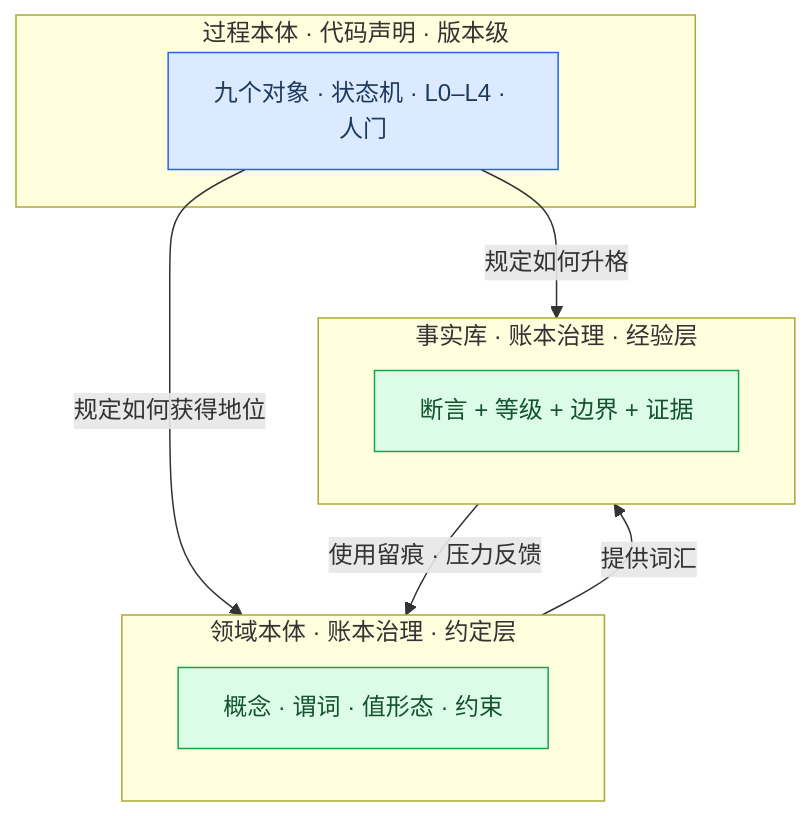
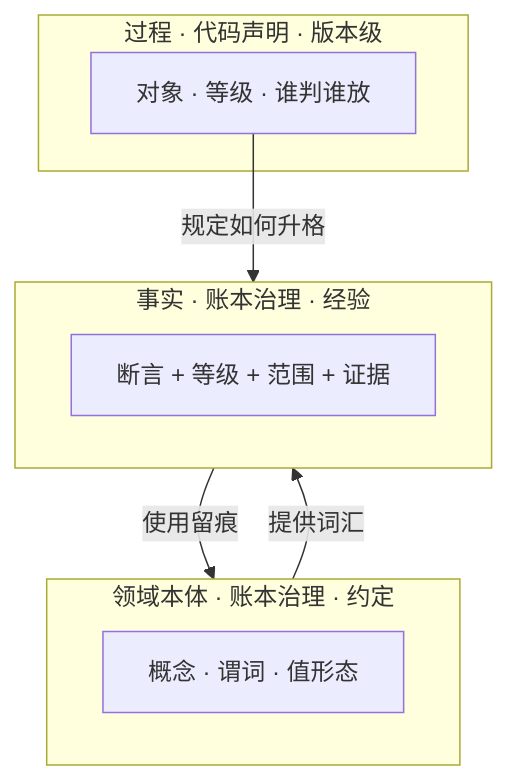
Before and after one commit to Clearailhc/clearai-dsh: the diagram in docs/domain-ontology.zh-CN.md, drawn with Mermaid. The commit also changed other lines of this file and 24 other files, not shown here.

````diff
--- a/docs/domain-ontology.zh-CN.md
+++ b/docs/domain-ontology.zh-CN.md
@@ -59,26 +33,15 @@
 ```mermaid
 flowchart TD
-    accTitle: Three Layers Of ClearAI Knowledge
-    accDescr: The process ontology is fixed per release and governs how claims earn status, the domain ontology is a project's governed vocabulary, and the fact base holds sentences that already passed the loop.
-
-    subgraph process["过程本体 · 代码声明 · 版本级"]
-        loop["九个对象 · 状态机 · L0–L4 · 人门"]
+    subgraph process["过程 · 代码声明 · 版本级"]
+        loop["对象 · 等级 · 谁判谁放"]
     end
-    subgraph domain["领域本体 · 账本治理 · 约定层"]
-        vocab["概念 · 谓词 · 值形态 · 约束"]
+    subgraph domain["领域本体 · 账本治理 · 约定"]
+        vocab["概念 · 谓词 · 值形态"]
     end
-    subgraph facts["事实库 · 账本治理 · 经验层"]
-        know["断言 + 等级 + 边界 + 证据"]
+    subgraph facts["事实 · 账本治理 · 经验"]
+        know["断言 + 等级 + 范围 + 证据"]
     end
-
-    loop -->|"规定如何获得地位"| domain
     loop -->|"规定如何升格"| facts
     domain -->|"提供词汇"| facts
-    facts -->|"使用留痕 · 压力反馈"| domain
-
-    classDef code fill:#dbeafe,stroke:#2563eb,color:#1e3a5f
-    classDef ledger fill:#dcfce7,stroke:#16a34a,color:#14532d
-
-    class loop code
-    class vocab,know ledger
+    facts -->|"使用留痕"| domain
 ```
````
